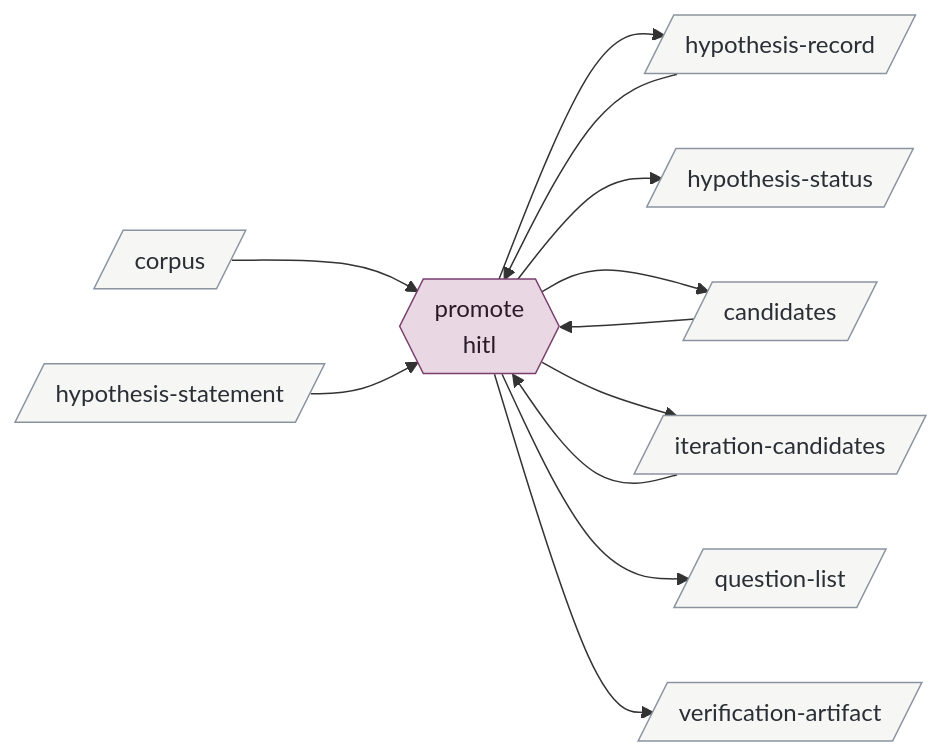
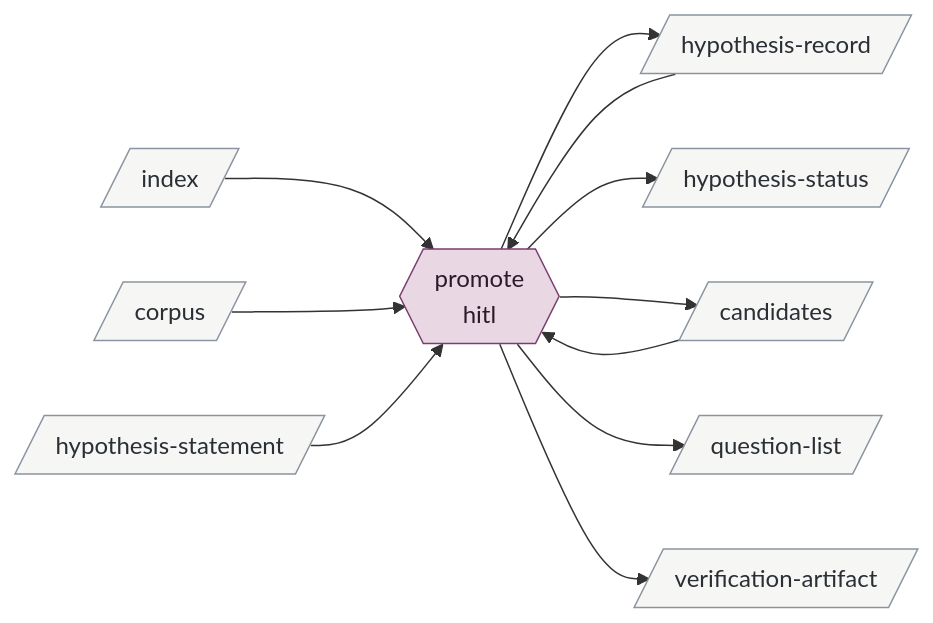
The third of 15 diagrams in .claude/skills/v3-buildout-2/map.md (bc414/StoryPlanner), drawn with Mermaid before and after one commit. The commit also changed other lines of this file and 29 other files, not shown here.

````diff
--- a/.claude/skills/v3-buildout-2/map.md
+++ b/.claude/skills/v3-buildout-2/map.md
@@ -84,30 +84,29 @@
 ```mermaid
 flowchart LR
   classDef hitl fill:#e9d8e4,stroke:#7a3e6d,color:#2b1a27
   classDef session fill:#dce6f0,stroke:#3b5b7c,color:#14202c
   classDef agent fill:#f5e6c8,stroke:#b7791f,color:#3a2a08
   classDef artifact fill:#f6f6f4,stroke:#8a94a0,color:#2a2f36
   classDef activity fill:#dcebdd,stroke:#4b7f52,color:#122816
   classDef terminus fill:#e4e4ea,stroke:#5b5b7a,color:#1c1c2c
   promote{{"promote<br/>hitl"}}:::hitl
   candidates[/"candidates"/]:::artifact
   corpus[/"corpus"/]:::artifact
   hypothesisrecord[/"hypothesis-record"/]:::artifact
   hypothesisstatement[/"hypothesis-statement"/]:::artifact
   hypothesisstatus[/"hypothesis-status"/]:::artifact
-  iterationcandidates[/"iteration-candidates"/]:::artifact
+  index[/"index"/]:::artifact
   questionlist[/"question-list"/]:::artifact
   verificationartifact[/"verification-artifact"/]:::artifact
 
   candidates --> promote
-  iterationcandidates --> promote
+  index --> promote
   corpus --> promote
   hypothesisstatement --> promote
   hypothesisrecord --> promote
   promote --> hypothesisrecord
   promote --> hypothesisstatus
   promote --> candidates
-  promote --> iterationcandidates
   promote --> questionlist
   promote --> verificationartifact
 ```
````
